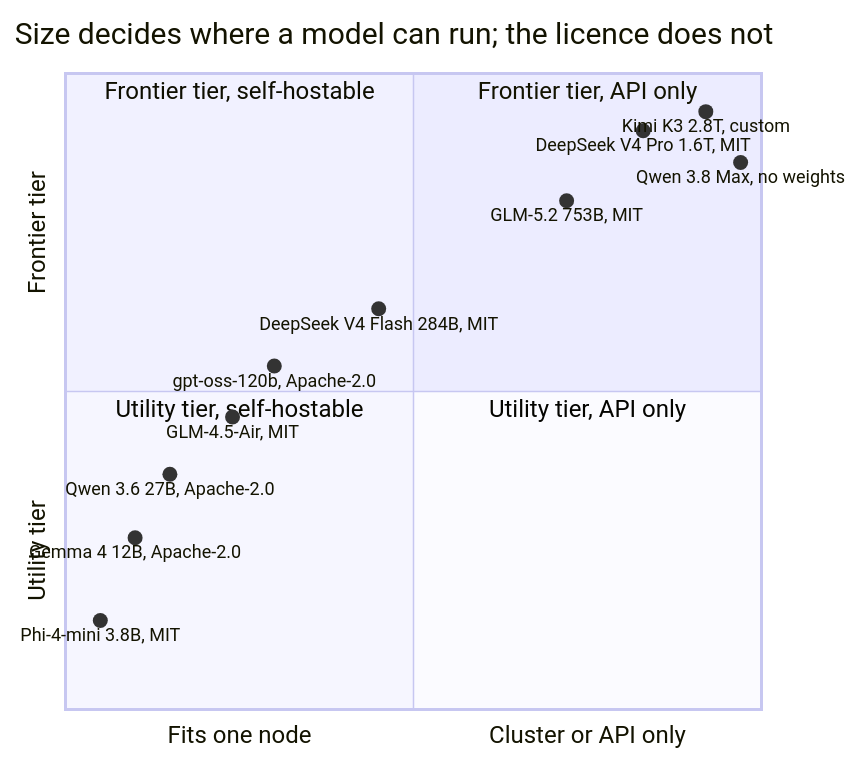
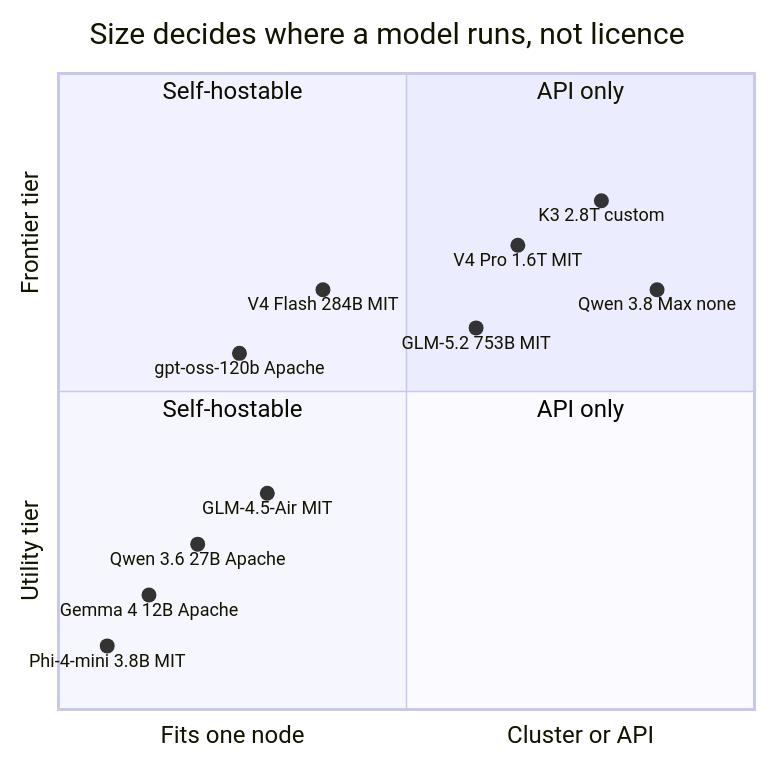
One commit to mlvpatel/open-weight-agent-stack changed diagram 19 of 20 in MANUAL.md. Above: the diagram before and after it, drawn with Mermaid. The commit also changed other lines of this file and 5 other files, not shown here.

First line of the commit message:
fix(site): restore the orphaned rhythm work, repair the viewer, unstack fig 19

````diff
--- a/MANUAL.md
+++ b/MANUAL.md
@@ -1619,20 +1619,20 @@
 ```mermaid
 quadrantChart
-    title Size decides where a model can run; the licence does not
-    x-axis "Fits one node" --> "Cluster or API only"
+    title Size decides where a model runs, not licence
+    x-axis "Fits one node" --> "Cluster or API"
     y-axis "Utility tier" --> "Frontier tier"
-    quadrant-1 "Frontier tier, API only"
-    quadrant-2 "Frontier tier, self-hostable"
-    quadrant-3 "Utility tier, self-hostable"
-    quadrant-4 "Utility tier, API only"
-    "Kimi K3 2.8T, custom": [0.92, 0.94]
-    "Qwen 3.8 Max, no weights": [0.97, 0.86]
-    "DeepSeek V4 Pro 1.6T, MIT": [0.83, 0.91]
-    "GLM-5.2 753B, MIT": [0.72, 0.80]
-    "DeepSeek V4 Flash 284B, MIT": [0.45, 0.63]
-    "gpt-oss-120b, Apache-2.0": [0.30, 0.54]
-    "GLM-4.5-Air, MIT": [0.24, 0.46]
-    "Qwen 3.6 27B, Apache-2.0": [0.15, 0.37]
-    "Gemma 4 12B, Apache-2.0": [0.10, 0.27]
-    "Phi-4-mini 3.8B, MIT": [0.05, 0.14]
+    quadrant-1 "API only"
+    quadrant-2 "Self-hostable"
+    quadrant-3 "Self-hostable"
+    quadrant-4 "API only"
+    "K3 2.8T custom": [0.78, 0.80]
+    "Qwen 3.8 Max none": [0.86, 0.66]
+    "V4 Pro 1.6T MIT": [0.66, 0.73]
+    "GLM-5.2 753B MIT": [0.60, 0.60]
+    "V4 Flash 284B MIT": [0.38, 0.66]
+    "gpt-oss-120b Apache": [0.26, 0.56]
+    "GLM-4.5-Air MIT": [0.30, 0.34]
+    "Qwen 3.6 27B Apache": [0.20, 0.26]
+    "Gemma 4 12B Apache": [0.13, 0.18]
+    "Phi-4-mini 3.8B MIT": [0.07, 0.10]
 ```
````
